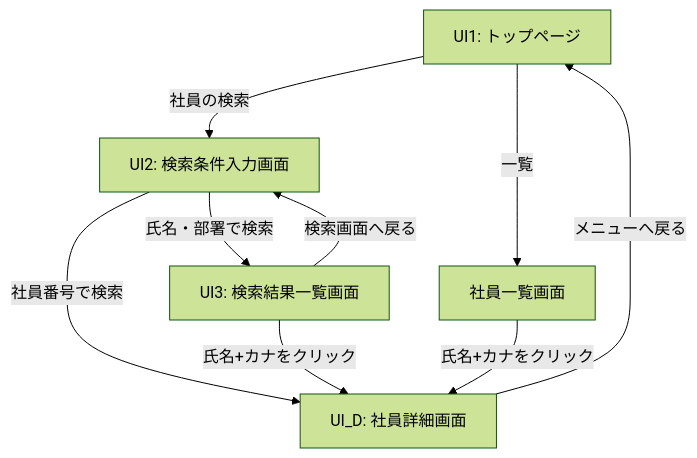
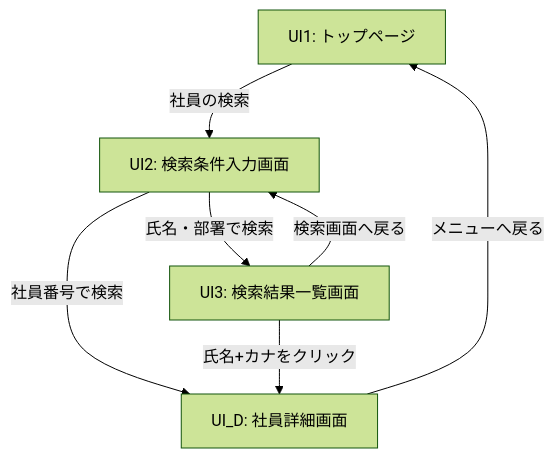
One commit to juyeongjung1/NewEIMS changed the third of 8 diagrams in EIMS_Comprehensive_Exercise_Guide.md. Above: the diagram before and after it, drawn with Mermaid (forest theme). The commit also changed other lines of this file, not shown here.

Commit message:
UIフロー図からトップページ→社員一覧への遷移ルートを削除（トップページは検索・登録へのリンクのみ）

````diff
--- a/EIMS_Comprehensive_Exercise_Guide.md
+++ b/EIMS_Comprehensive_Exercise_Guide.md
@@ -560,14 +558,12 @@
 ```mermaid
 flowchart TD
     UI1[UI1: トップページ] -->|"社員の検索"| UI2[UI2: 検索条件入力画面]
-    UI1 -->|"一覧"| UI_L[社員一覧画面]
     
     UI2 -- "社員番号で検索" --> UI_D[UI_D: 社員詳細画面]
     UI2 -- "氏名・部署で検索" --> UI3[UI3: 検索結果一覧画面]
     
     UI3 -- "氏名+カナをクリック" --> UI_D
-    UI_L -- "氏名+カナをクリック" --> UI_D
     
     UI_D -->|"メニューへ戻る"| UI1
     UI3 -->|"検索画面へ戻る"| UI2
 ```
````
